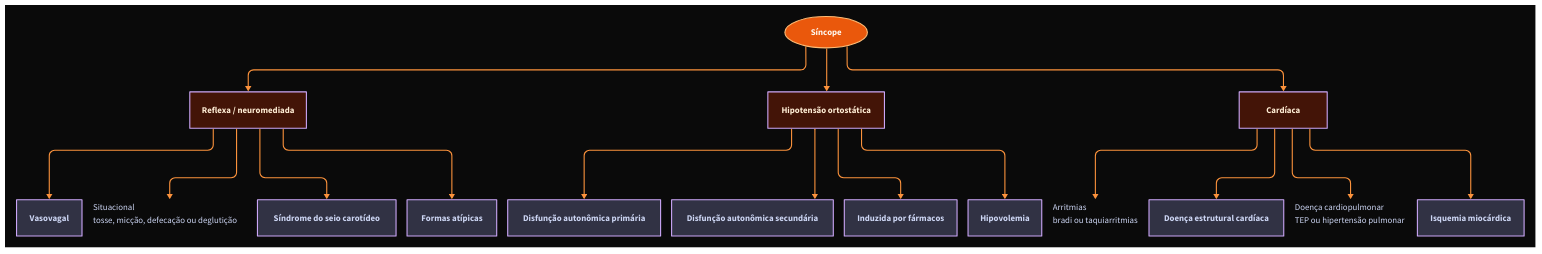
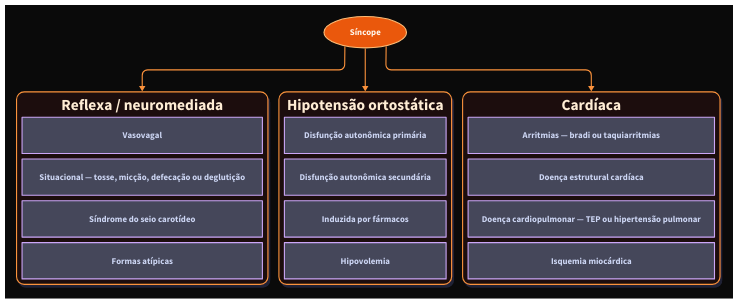
One commit to mathbsouza/Clinical-Notes changed the diagram in public/diagrams/syncope-etiology.d2. Above: the diagram before and after it, drawn with D2. The commit also changed 1 other file, not shown here.

```diff
--- a/public/diagrams/syncope-etiology.d2
+++ b/public/diagrams/syncope-etiology.d2
@@ -1,83 +1,84 @@
 vars: {
   d2-config: {
     layout-engine: elk
     theme-id: 200
   }
 }
 
 direction: down
 style.fill: "#0a0a0a"
 
 **: {
   &leaf: true
   style.fill: "#171717"
   style.stroke: "#fb923c"
   style.font-color: "#f5f5f5"
   style.border-radius: 10
   style.shadow: true
   style.stroke-width: 2
 }
 
 (** -> **)[*]: {
   style.stroke: "#fb923c"
   style.stroke-width: 2
 }
 
 syncope: Síncope {
   shape: oval
   style.fill: "#ea580c"
   style.stroke: "#fdba74"
   style.font-color: "#fff7ed"
   style.bold: true
 }
 
 reflex: Reflexa / neuromediada {
-  style.fill: "#431407"
+  grid-columns: 1
+  grid-gap: 10
+  style.fill: "#1c110c"
+  style.stroke: "#fb923c"
   style.font-color: "#ffedd5"
   style.bold: true
+  style.border-radius: 14
+  style.shadow: true
+
+  vasovagal: Vasovagal
+  situational: Situacional — tosse, micção, defecação ou deglutição
+  carotid: Síndrome do seio carotídeo
+  atypical: Formas atípicas
 }
+
 orthostatic: Hipotensão ortostática {
-  style.fill: "#431407"
+  grid-columns: 1
+  grid-gap: 10
+  style.fill: "#1c110c"
+  style.stroke: "#fb923c"
   style.font-color: "#ffedd5"
   style.bold: true
+  style.border-radius: 14
+  style.shadow: true
+
+  primary: Disfunção autonômica primária
+  secondary: Disfunção autonômica secundária
+  drugs: Induzida por fármacos
+  hypovolemia: Hipovolemia
 }
+
 cardiac: Cardíaca {
-  style.fill: "#431407"
+  grid-columns: 1
+  grid-gap: 10
+  style.fill: "#1c110c"
+  style.stroke: "#fb923c"
   style.font-color: "#ffedd5"
   style.bold: true
+  style.border-radius: 14
+  style.shadow: true
+
+  arrhythmias: Arritmias — bradi ou taquiarritmias
+  structural: Doença estrutural cardíaca
+  cardiopulmonary: Doença cardiopulmonar — TEP ou hipertensão pulmonar
+  ischemia: Isquemia miocárdica
 }
-
-vasovagal: Vasovagal
-situational: |md
-  Situacional<br/>tosse, micção, defecação ou deglutição
-|
-carotid: Síndrome do seio carotídeo
-atypical: Formas atípicas
-primary: Disfunção autonômica primária
-secondary: Disfunção autonômica secundária
-drugs: Induzida por fármacos
-hypovolemia: Hipovolemia
-arrhythmias: |md
-  Arritmias<br/>bradi ou taquiarritmias
-|
-structural: Doença estrutural cardíaca
-cardiopulmonary: |md
-  Doença cardiopulmonar<br/>TEP ou hipertensão pulmonar
-|
-ischemia: Isquemia miocárdica
 
 syncope -> reflex
 syncope -> orthostatic
 syncope -> cardiac
-reflex -> vasovagal
-reflex -> situational
-reflex -> carotid
-reflex -> atypical
-orthostatic -> primary
-orthostatic -> secondary
-orthostatic -> drugs
-orthostatic -> hypovolemia
-cardiac -> arrhythmias
-cardiac -> structural
-cardiac -> cardiopulmonary
-cardiac -> ischemia
```
